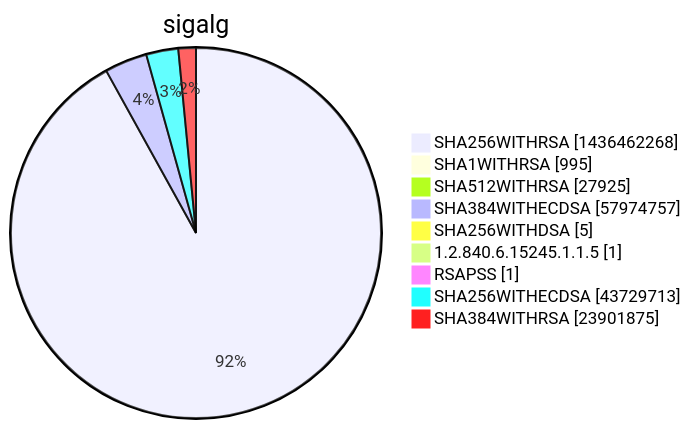
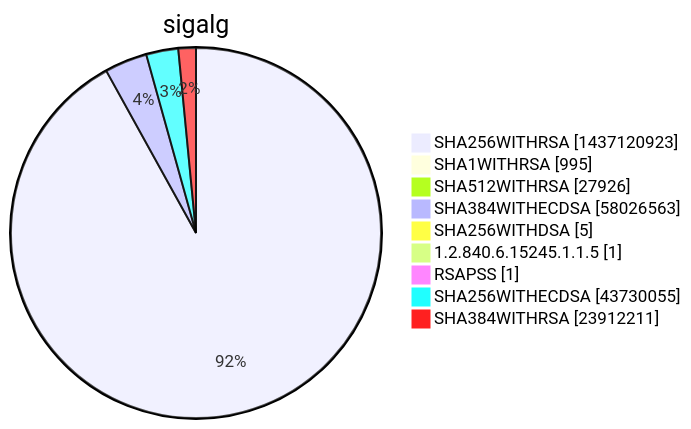
Diagram 15 of 15 in xenon2022/README.md (christiankrug/ctmonitor_visualization), drawn with Mermaid before and after one commit. The commit also changed other lines of this file, not shown here.

````diff
--- a/xenon2022/README.md
+++ b/xenon2022/README.md
@@ -5861,13 +5861,13 @@
 ```mermaid
 pie showData
 title sigalg
-"SHA256WITHRSA" :1436462268
+"SHA256WITHRSA" :1437120923
 "SHA1WITHRSA" :995
-"SHA512WITHRSA" :27925
-"SHA384WITHECDSA" :57974757
+"SHA512WITHRSA" :27926
+"SHA384WITHECDSA" :58026563
 "SHA256WITHDSA" :5
 "1.2.840.6.15245.1.1.5" :1
 "RSAPSS" :1
-"SHA256WITHECDSA" :43729713
-"SHA384WITHRSA" :23901875
+"SHA256WITHECDSA" :43730055
+"SHA384WITHRSA" :23912211
 ```
````
